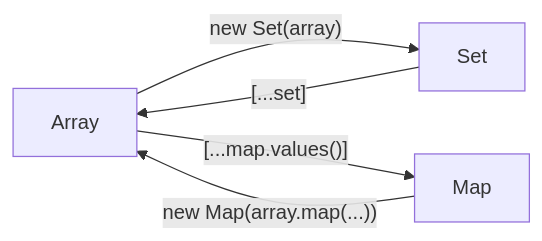
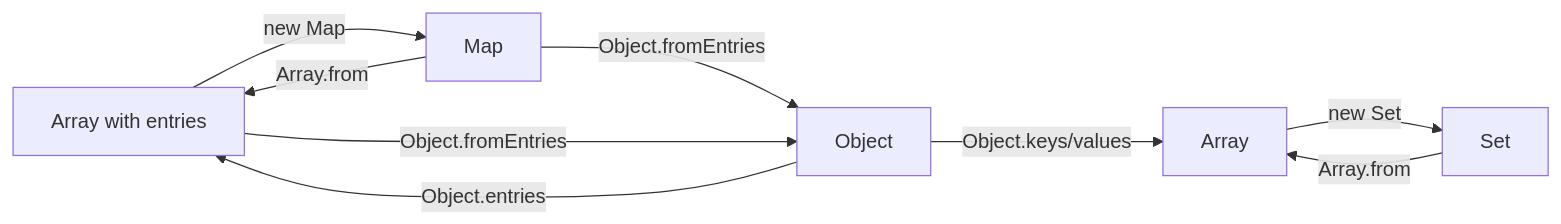
Before and after one commit to gaojunran/lanqiao-web-slides: the diagram in slides/JavaScript-API.md, drawn with Mermaid. The commit also changed other lines of this file and 3 other files, not shown here.

````diff
--- a/slides/JavaScript-API.md
+++ b/slides/JavaScript-API.md
@@ -417,7 +447,17 @@
 ```mermaid
 graph LR
-    A[Array] -->|"new Set(array)"| B[Set]
-    B -->|"[...set]"| A
-    C[Map] -->|"new Map(array.map(...))"| A
-    A -->|"[...map.values()]"| C
+    A[Array]
+    C[Array with entries]
+    D[Object]
+    E[Set]
+    F[Map]
+
+    D --> |Object.keys/values| A
+    D --> |Object.entries| C
+    C --> |new Map| F
+    F --> |Array.from| C
+    F --> |Object.fromEntries| D
+    C --> |Object.fromEntries| D
+    A --> |new Set| E
+    E --> |Array.from| A
 ```
````
